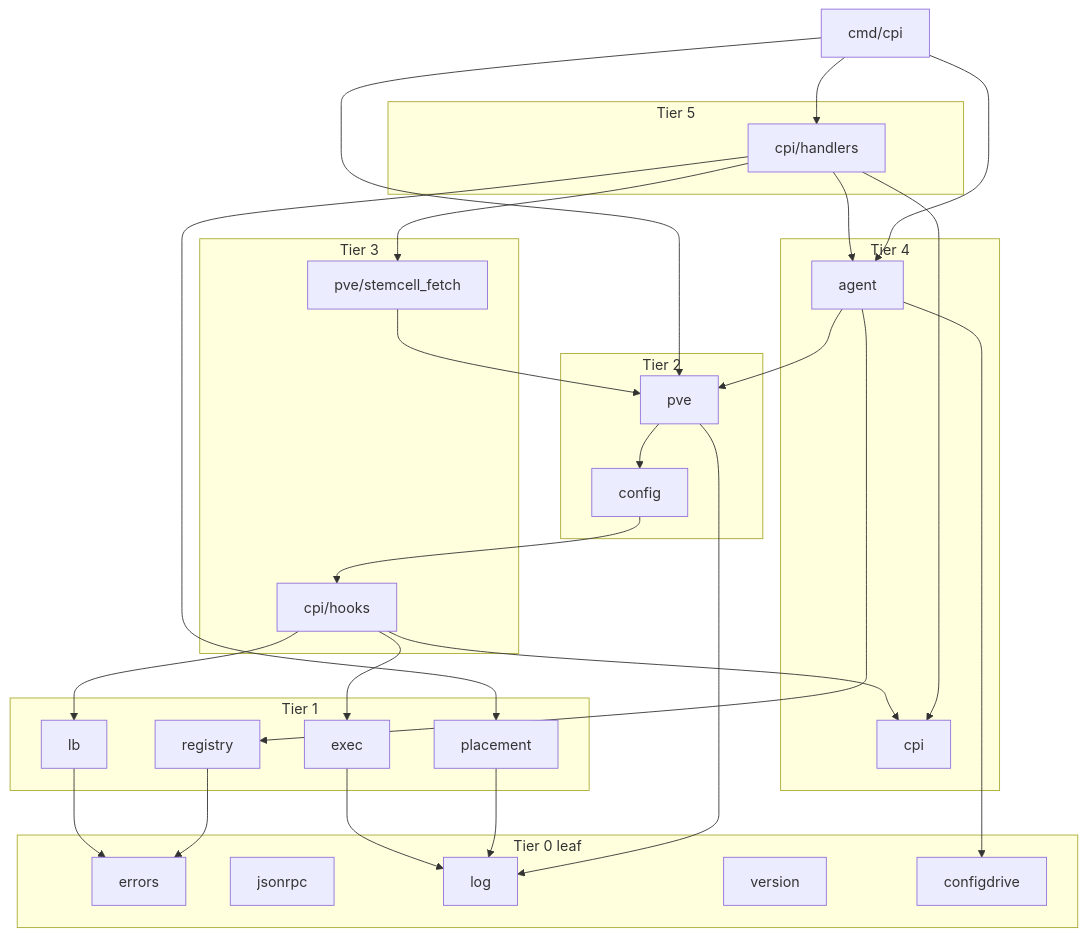
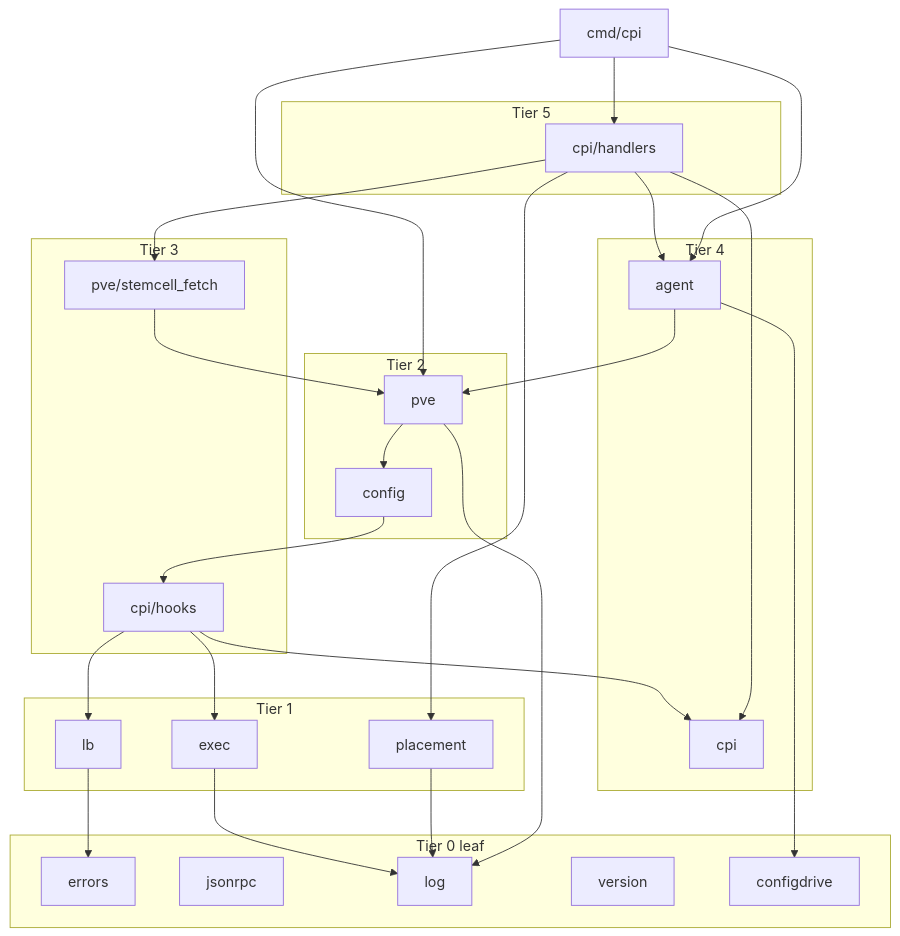
One commit to fivetwenty-io/bosh-proxmox-cpi-release changed the first of 3 diagrams in docs/architecture.md. Above: the diagram before and after it, drawn with Mermaid. The commit also changed other lines of this file and 45 other files, not shown here.

First line of the commit message:
Remove BOSH registry agent mode support

````diff
--- a/docs/architecture.md
+++ b/docs/architecture.md
@@ -73,54 +71,51 @@
 ```mermaid
 graph TD
     subgraph T0[Tier 0 leaf]
         errors
         jsonrpc
         log
         version
         configdrive
     end
     subgraph T1[Tier 1]
         exec
         lb
         placement
-        registry
     end
     subgraph T2[Tier 2]
         pve
         config
     end
     subgraph T3[Tier 3]
         hooks[cpi/hooks]
         sfetch[pve/stemcell_fetch]
     end
     subgraph T4[Tier 4]
         cpi
         agent
     end
     subgraph T5[Tier 5]
         handlers[cpi/handlers]
     end
     cmd[cmd/cpi]
 
     exec --> log
     lb --> errors
     placement --> log
-    registry --> errors
     pve --> config
     pve --> log
     config --> hooks
     hooks --> cpi
     hooks --> exec
     hooks --> lb
     sfetch --> pve
     agent --> configdrive
-    agent --> registry
     agent --> pve
     handlers --> agent
     handlers --> placement
     handlers --> sfetch
     handlers --> cpi
     cmd --> handlers
     cmd --> agent
     cmd --> pve
 ```
````
